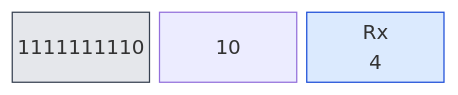
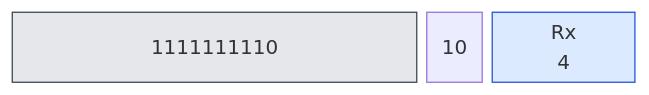
Diagram 30 of 32 in book/kap03.md (olfp/Deep16), drawn with Mermaid before and after one commit. The commit also changed other lines of this file and 1 other file, not shown here.

Commit message:
book(kap03): alle 32 Befehlsdiagramme auf 31-Spalten-Layout normiert

````diff
--- a/book/kap03.md
+++ b/book/kap03.md
@@ -970,15 +970,15 @@
 ```mermaid
 block-beta
-  columns 3
+  columns 31
   classDef op fill:#e5e7eb,stroke:#374151
   classDef reg fill:#dbeafe,stroke:#1d4ed8
   classDef imm fill:#fef3c7,stroke:#b45309
   classDef off fill:#dcfce7,stroke:#15803d
   classDef seg fill:#ede9fe,stroke:#6d28d9
   classDef all fill:#fee2e2,stroke:#b91c1c
-  b0["1111111110"]:1
-  b1["10"]:1
-  b2["Rx<br/>4"]:1
+  b0["1111111110"]:19
+  b1["10"]:3
+  b2["Rx<br/>4"]:7
   class b0 b1 op
   class b2 reg
 ```
````
